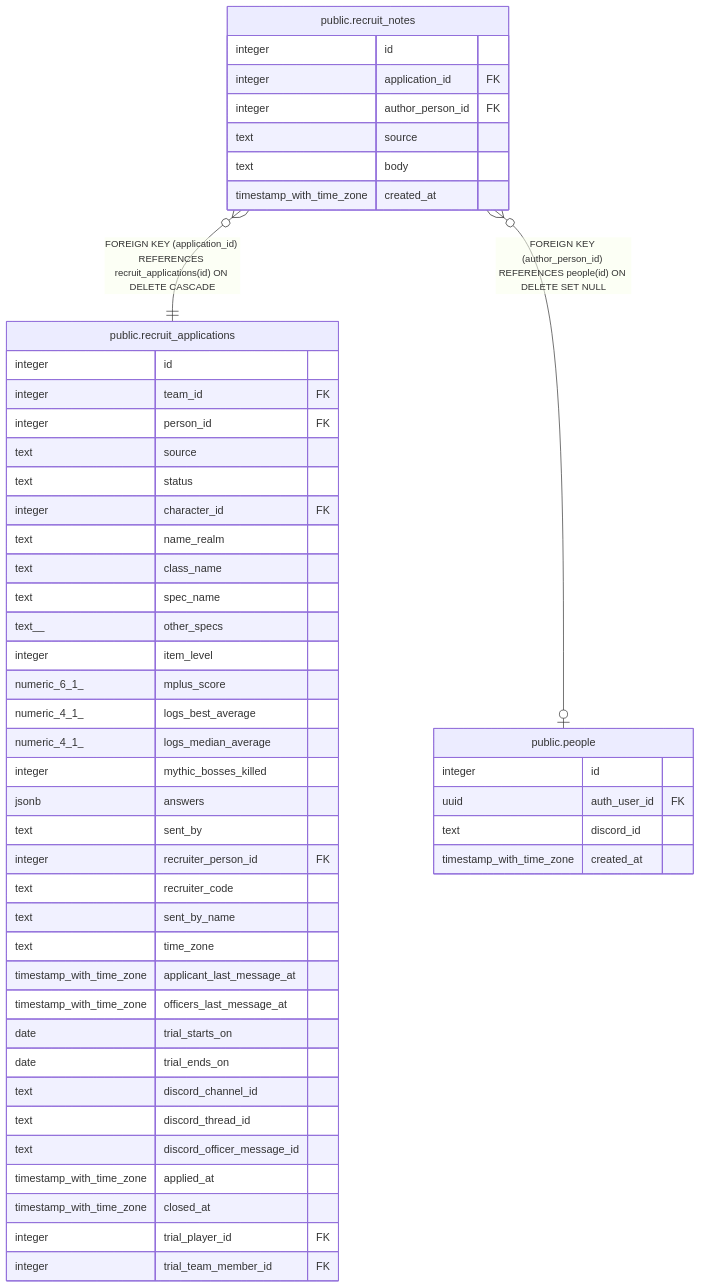
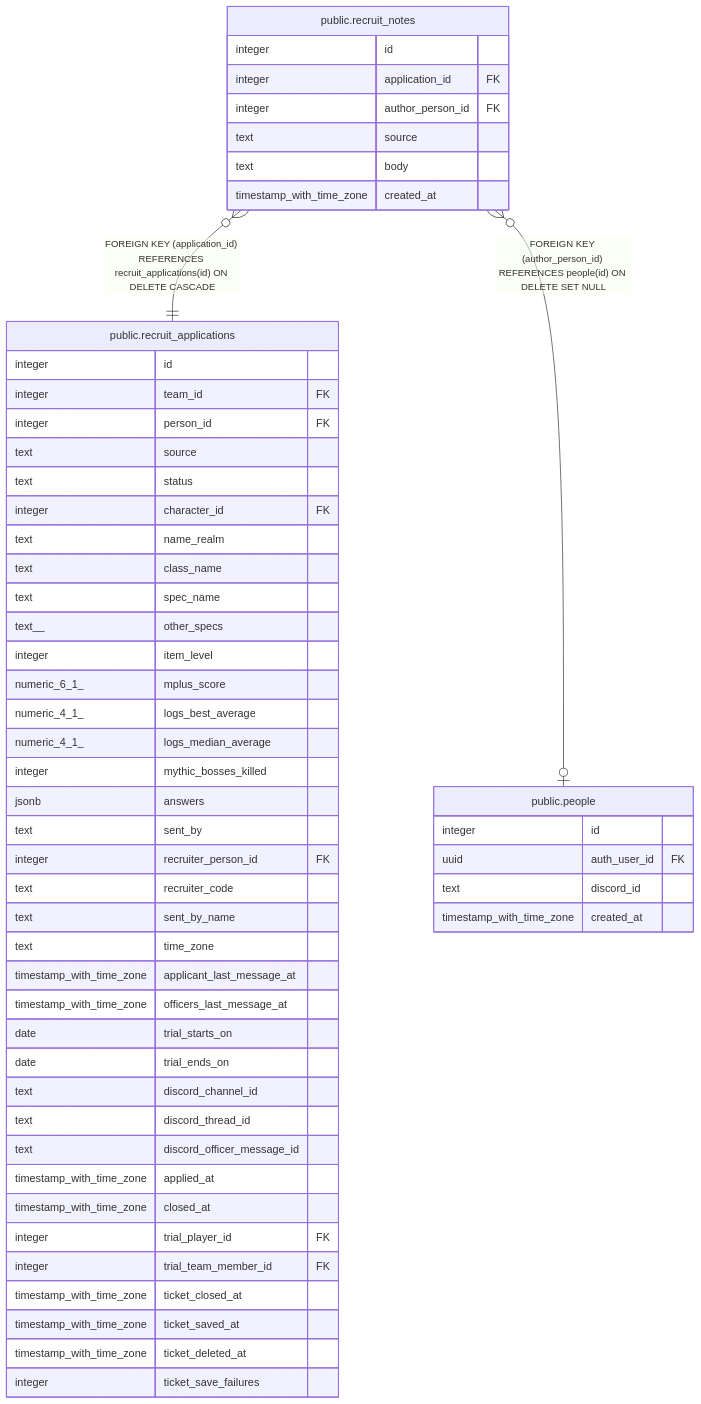
The diagram in dbdoc/public.recruit_notes.md (katogaming88/WGA-Raid-Hub), drawn with Mermaid before and after one commit. The commit also changed 36 other files, not shown here.

````diff
--- a/dbdoc/public.recruit_notes.md
+++ b/dbdoc/public.recruit_notes.md
@@ -37,55 +37,59 @@
 ```mermaid
 erDiagram
 
 "public.recruit_notes" }o--|| "public.recruit_applications" : "FOREIGN KEY (application_id) REFERENCES recruit_applications(id) ON DELETE CASCADE"
 "public.recruit_notes" }o--o| "public.people" : "FOREIGN KEY (author_person_id) REFERENCES people(id) ON DELETE SET NULL"
 
 "public.recruit_notes" {
   integer id
   integer application_id FK
   integer author_person_id FK
   text source
   text body
   timestamp_with_time_zone created_at
 }
 "public.recruit_applications" {
   integer id
   integer team_id FK
   integer person_id FK
   text source
   text status
   integer character_id FK
   text name_realm
   text class_name
   text spec_name
   text__ other_specs
   integer item_level
   numeric_6_1_ mplus_score
   numeric_4_1_ logs_best_average
   numeric_4_1_ logs_median_average
   integer mythic_bosses_killed
   jsonb answers
   text sent_by
   integer recruiter_person_id FK
   text recruiter_code
   text sent_by_name
   text time_zone
   timestamp_with_time_zone applicant_last_message_at
   timestamp_with_time_zone officers_last_message_at
   date trial_starts_on
   date trial_ends_on
   text discord_channel_id
   text discord_thread_id
   text discord_officer_message_id
   timestamp_with_time_zone applied_at
   timestamp_with_time_zone closed_at
   integer trial_player_id FK
   integer trial_team_member_id FK
+  timestamp_with_time_zone ticket_closed_at
+  timestamp_with_time_zone ticket_saved_at
+  timestamp_with_time_zone ticket_deleted_at
+  integer ticket_save_failures
 }
 "public.people" {
   integer id
   uuid auth_user_id FK
   text discord_id
   timestamp_with_time_zone created_at
 }
 ```
````
